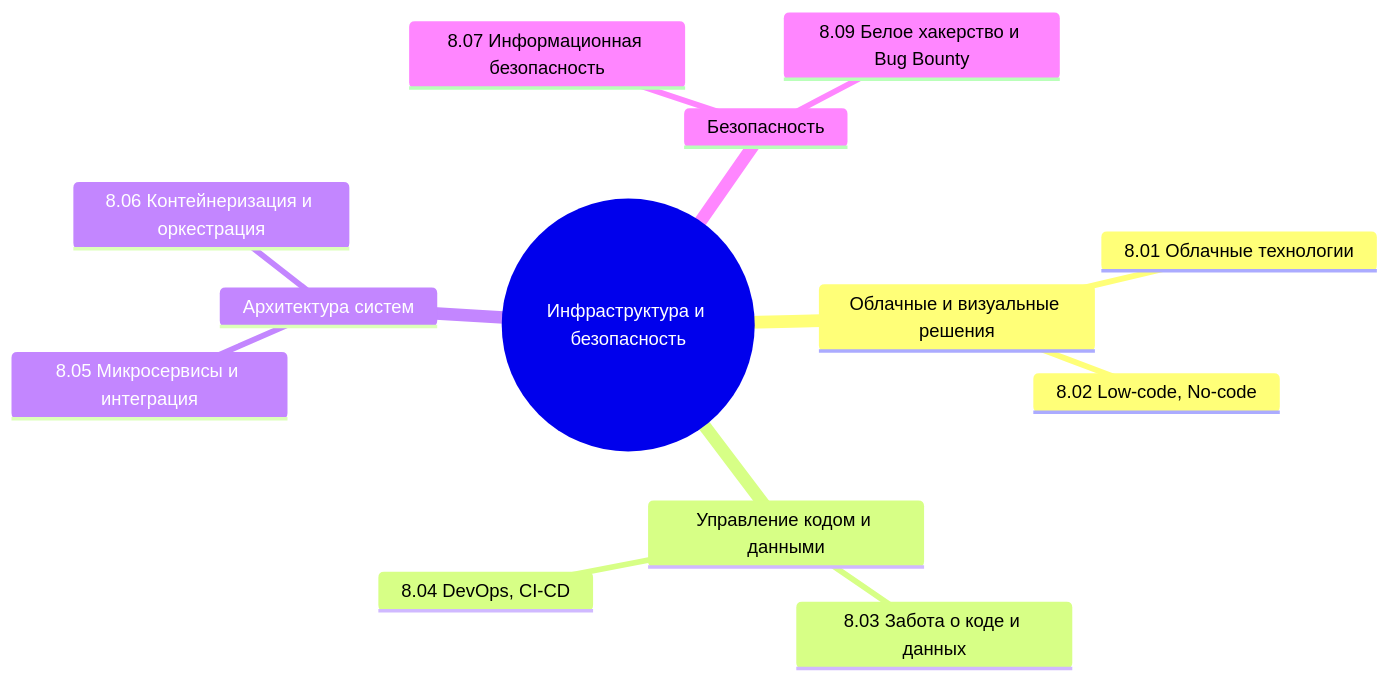
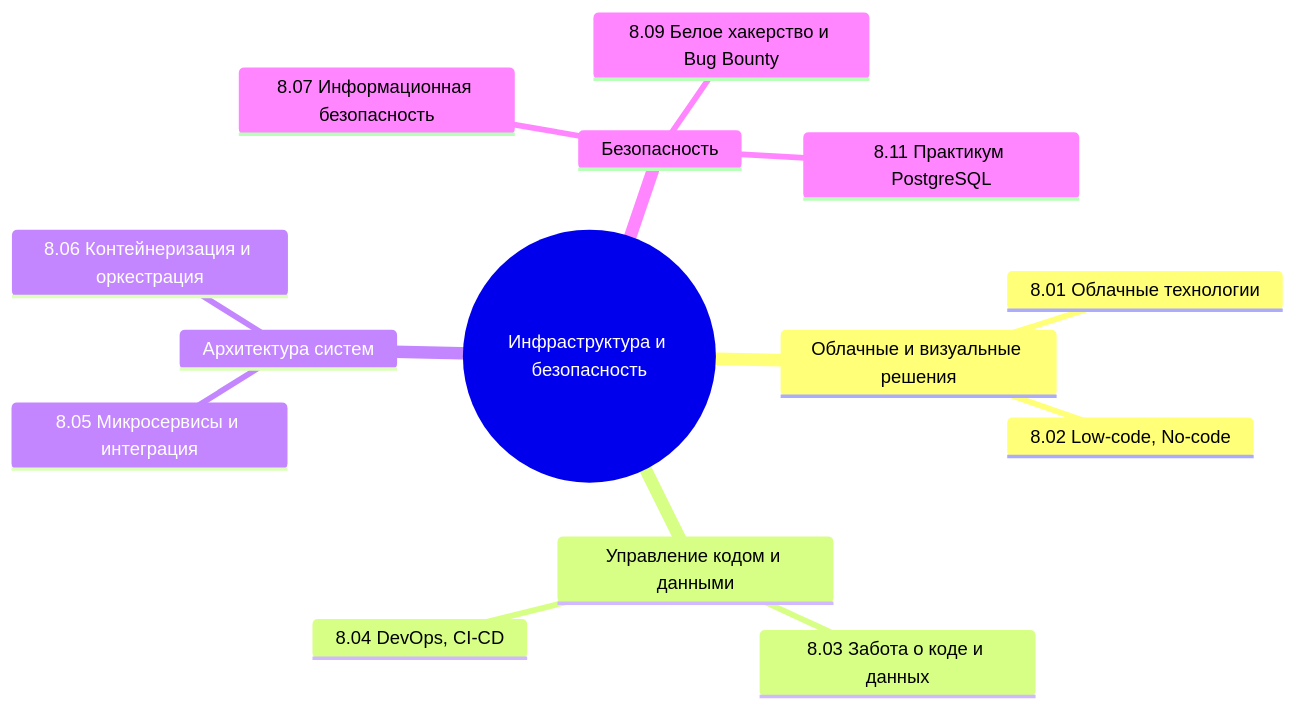
The diagram in docs/section/infra-security.md (Spirzen/it-knowledge-base), drawn with Mermaid before and after one commit. The commit also changed other lines of this file and 648 other files, not shown here.

````diff
--- a/docs/section/infra-security.md
+++ b/docs/section/infra-security.md
@@ -20,16 +20,17 @@
 ```mermaid
 mindmap
   root((Инфраструктура и безопасность))
     Облачные и визуальные решения
       8.01 Облачные технологии
       8.02 Low-code, No-code
     Управление кодом и данными
       8.03 Забота о коде и данных
       8.04 DevOps, CI-CD
     Архитектура систем
       8.05 Микросервисы и интеграция
       8.06 Контейнеризация и оркестрация
     Безопасность
       8.07 Информационная безопасность
       8.09 Белое хакерство и Bug Bounty
+      8.11 Практикум PostgreSQL
 ```
````
